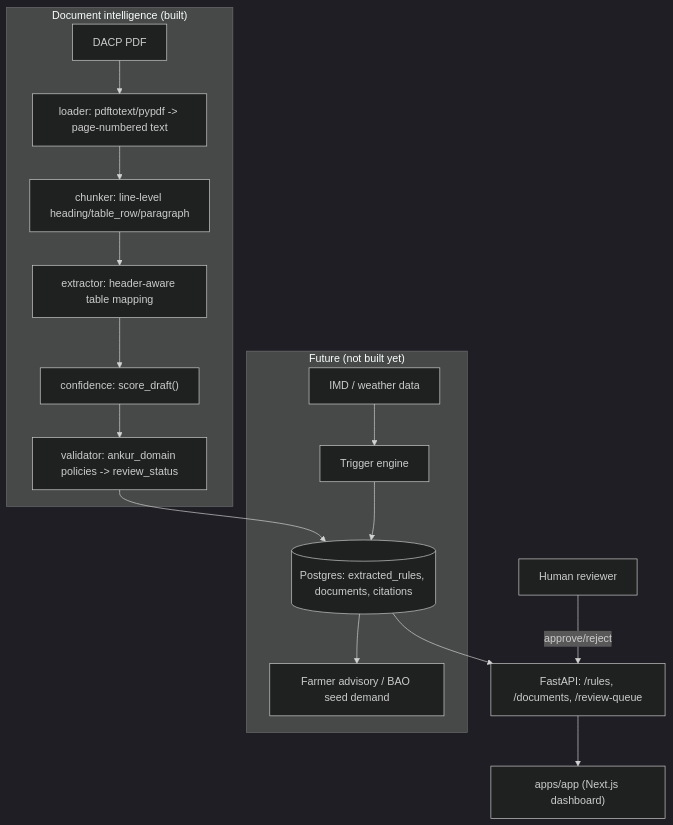
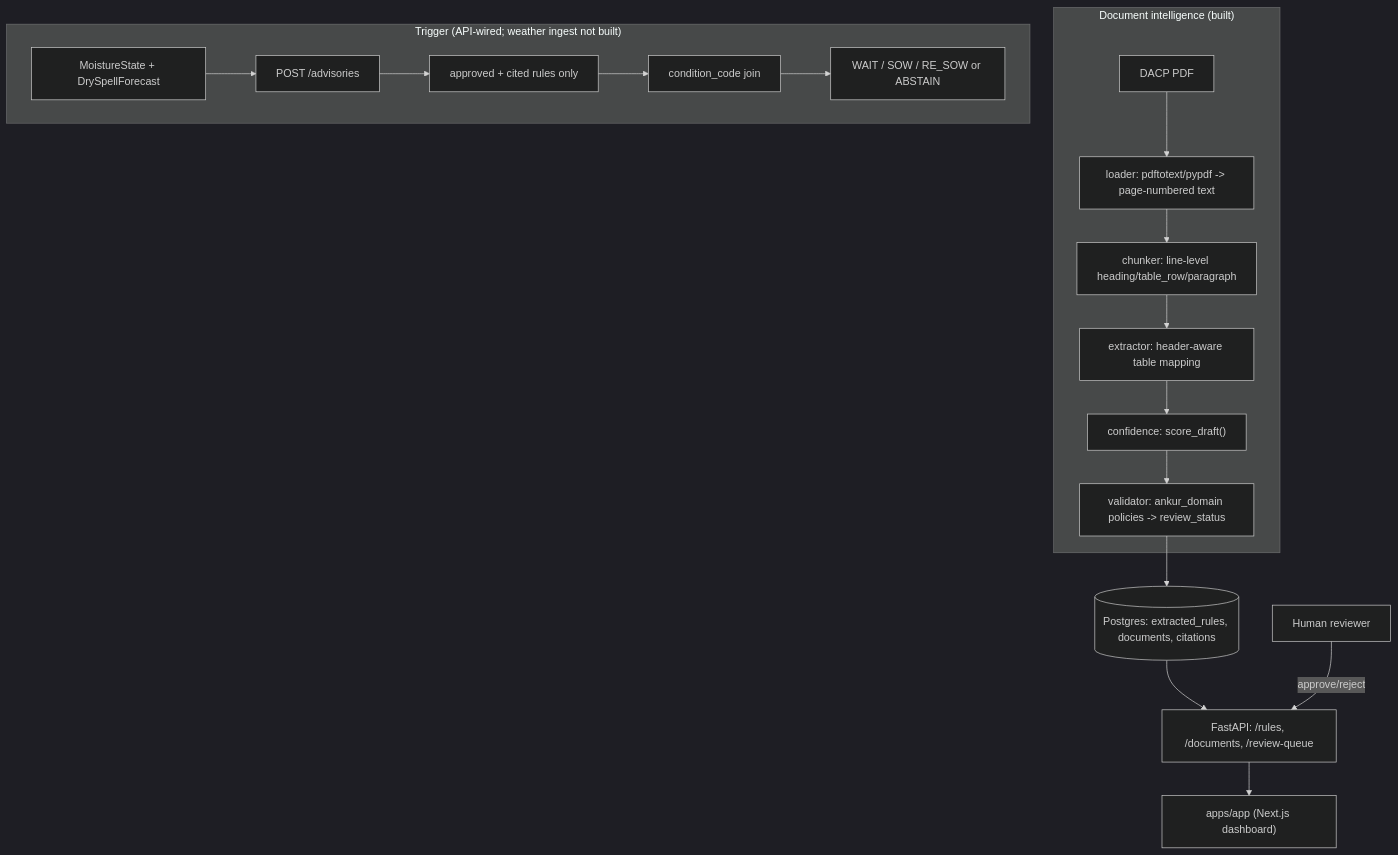
The diagram in docs/architecture.md (XArhaanshX/MeghMitra), drawn with Mermaid (dark theme) before and after one commit. The commit also changed 35 other files, not shown here.

First line of the commit message:
Add advisory API, page-bound approval, and a cited Sirsa demo seed.

````diff
--- a/docs/architecture.md
+++ b/docs/architecture.md
@@ -7,20 +7,21 @@
 ```mermaid
 flowchart TD
     subgraph "Document intelligence (built)"
         PDF["DACP PDF"] --> LOAD["loader: pdftotext/pypdf -> page-numbered text"]
         LOAD --> CHUNK["chunker: line-level heading/table_row/paragraph"]
         CHUNK --> EXTRACT["extractor: header-aware table mapping"]
         EXTRACT --> CONF["confidence: score_draft()"]
         CONF --> VALID["validator: ankur_domain policies -> review_status"]
     end
     VALID --> DB[("Postgres: extracted_rules, documents, citations")]
     DB --> API["FastAPI: /rules, /documents, /review-queue"]
     API --> WEB["apps/app (Next.js dashboard)"]
     REVIEWER["Human reviewer"] -->|approve/reject| API
 
-    subgraph "Future (not built yet)"
-        IMD["IMD / weather data"] --> TRIGGER["Trigger engine"]
-        TRIGGER --> DB
-        DB --> ADVISORY["Farmer advisory / BAO seed demand"]
+    subgraph "Trigger (API-wired; weather ingest not built)"
+        STATE["MoistureState + DrySpellForecast"] --> EMIT["POST /advisories"]
+        EMIT --> ELIG["approved + cited rules only"]
+        ELIG --> CODE["condition_code join"]
+        CODE --> OUT["WAIT / SOW / RE_SOW or ABSTAIN"]
     end
 ```
````
